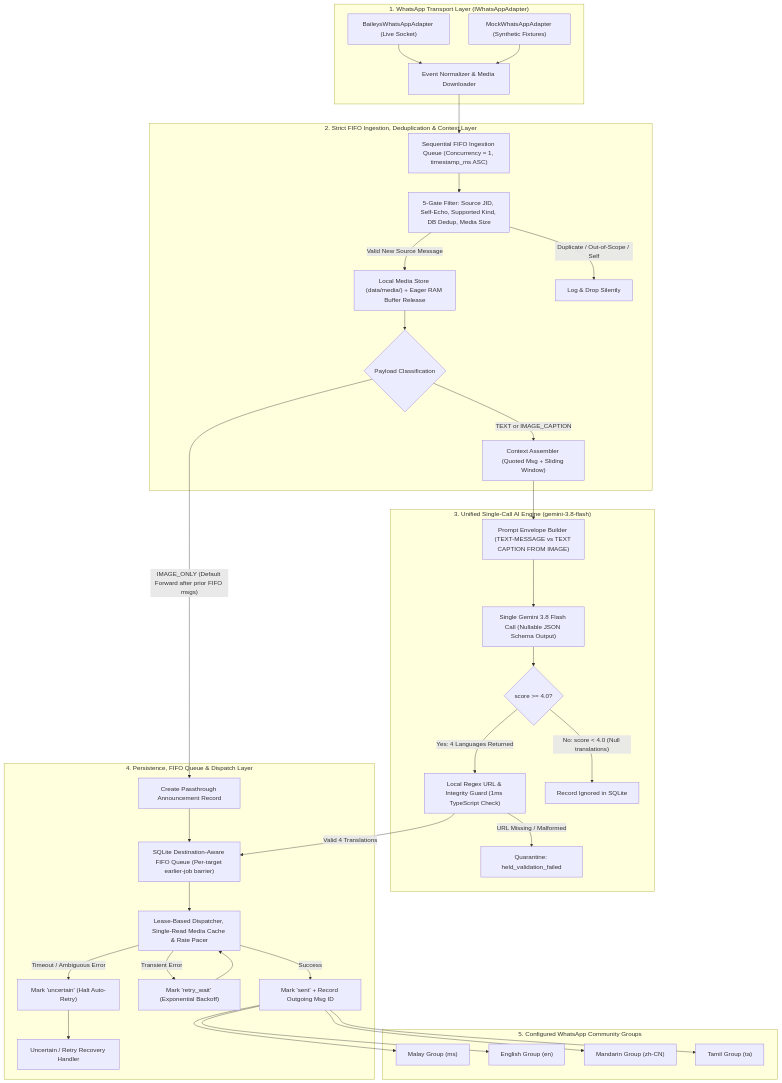
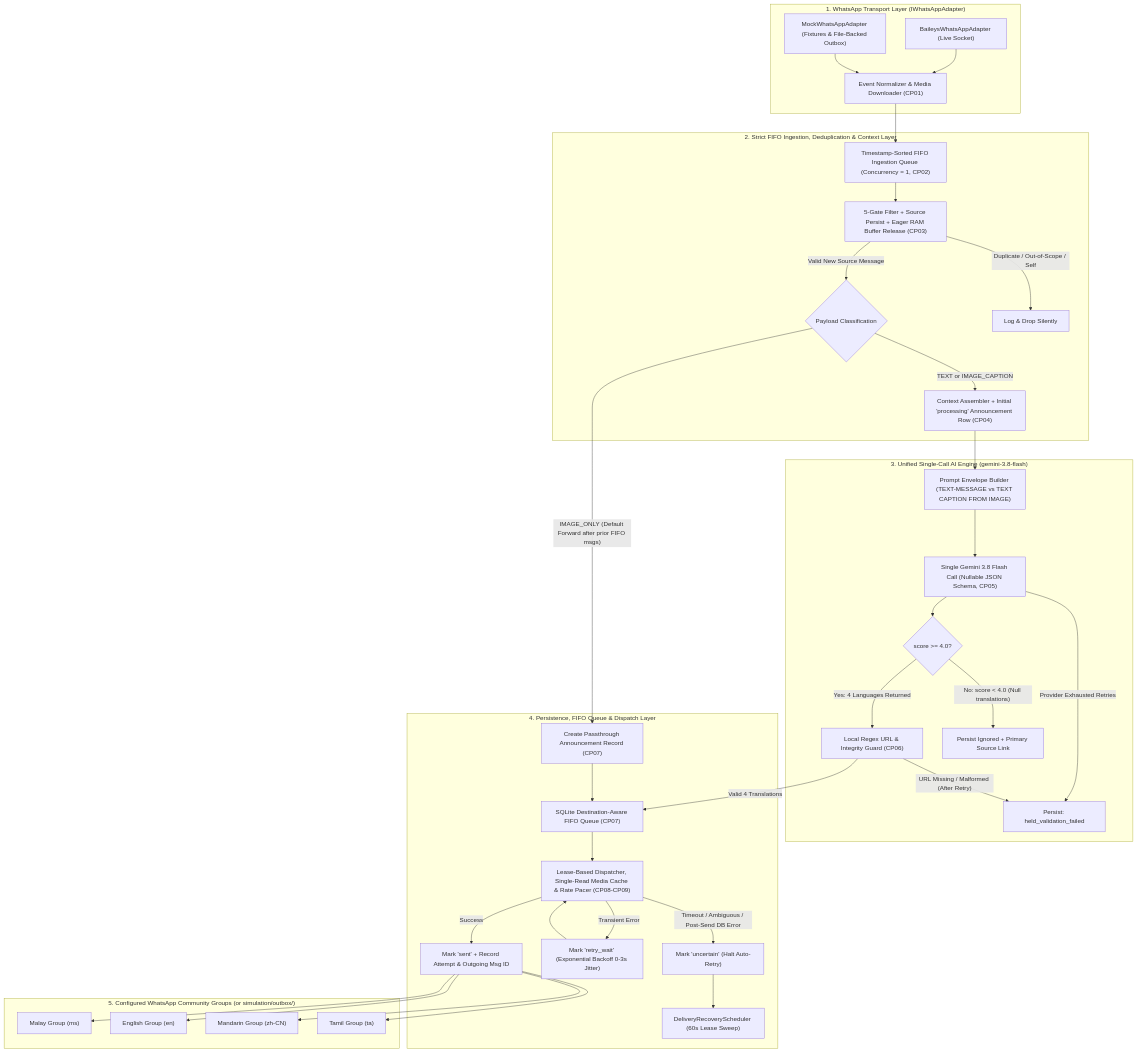
One commit to nayzinminlwin/SuaraPutra---Smart-Multilingual-Broadcasting changed the first of 2 diagrams in docs/architecture.md. Above: the diagram before and after it, drawn with Mermaid. The commit also changed other lines of this file, not shown here.

Commit message:
Architecture updated according to Phase 6.1.

````diff
--- a/docs/architecture.md
+++ b/docs/architecture.md
@@ -45,68 +45,67 @@
 ```mermaid
 flowchart TD
     subgraph Transport ["1. WhatsApp Transport Layer (IWhatsAppAdapter)"]
         WA_LIVE["BaileysWhatsAppAdapter (Live Socket)"]
-        WA_MOCK["MockWhatsAppAdapter (Synthetic Fixtures)"]
-        NORM["Event Normalizer & Media Downloader"]
+        WA_MOCK["MockWhatsAppAdapter (Fixtures & File-Backed Outbox)"]
+        NORM["Event Normalizer & Media Downloader (CP01)"]
         WA_LIVE --> NORM
         WA_MOCK --> NORM
     end
 
     subgraph Ingestion ["2. Strict FIFO Ingestion, Deduplication & Context Layer"]
-        FIFO["Sequential FIFO Ingestion Queue (Concurrency = 1, timestamp_ms ASC)"]
-        GATE["5-Gate Filter: Source JID, Self-Echo, Supported Kind, DB Dedup, Media Size"]
-        MEDIA_STORE["Local Media Store (data/media/) + Eager RAM Buffer Release"]
-        CTX["Context Assembler (Quoted Msg + Sliding Window)"]
+        FIFO["Timestamp-Sorted FIFO Ingestion Queue (Concurrency = 1, CP02)"]
+        GATE["5-Gate Filter + Source Persist + Eager RAM Buffer Release (CP03)"]
+        CTX["Context Assembler + Initial 'processing' Announcement Row (CP04)"]
         ROUTER_TYPE{"Payload Classification"}
 
         NORM --> FIFO
         FIFO --> GATE
         GATE -->|"Duplicate / Out-of-Scope / Self"| DROP["Log & Drop Silently"]
-        GATE -->|"Valid New Source Message"| MEDIA_STORE
-        MEDIA_STORE --> ROUTER_TYPE
+        GATE -->|"Valid New Source Message"| ROUTER_TYPE
         ROUTER_TYPE -->|"TEXT or IMAGE_CAPTION"| CTX
     end
 
     subgraph AIPipeline ["3. Unified Single-Call AI Engine (gemini-3.8-flash)"]
         PROMPT_BUILDER["Prompt Envelope Builder (TEXT-MESSAGE vs TEXT CAPTION FROM IMAGE)"]
-        GEMINI_CALL["Single Gemini 3.8 Flash Call (Nullable JSON Schema Output)"]
+        GEMINI_CALL["Single Gemini 3.8 Flash Call (Nullable JSON Schema, CP05)"]
         SCORE_CHECK{"score >= 4.0?"}
-        URL_GUARD["Local Regex URL & Integrity Guard (1ms TypeScript Check)"]
+        URL_GUARD["Local Regex URL & Integrity Guard (CP06)"]
 
         CTX --> PROMPT_BUILDER
         PROMPT_BUILDER --> GEMINI_CALL
+        GEMINI_CALL -->|"Provider Exhausted Retries"| HOLD["Persist: held_validation_failed"]
         GEMINI_CALL --> SCORE_CHECK
-        SCORE_CHECK -->|"No: score < 4.0 (Null translations)"| IGNORE["Record Ignored in SQLite"]
+        SCORE_CHECK -->|"No: score < 4.0 (Null translations)"| IGNORE["Persist Ignored + Primary Source Link"]
         SCORE_CHECK -->|"Yes: 4 Languages Returned"| URL_GUARD
-        URL_GUARD -->|"URL Missing / Malformed"| HOLD["Quarantine: held_validation_failed"]
+        URL_GUARD -->|"URL Missing / Malformed (After Retry)"| HOLD
     end
 
     subgraph Delivery ["4. Persistence, FIFO Queue & Dispatch Layer"]
-        PASS_INIT["Create Passthrough Announcement Record"]
-        QUEUE["SQLite Destination-Aware FIFO Queue (Per-target earlier-job barrier)"]
-        DISPATCH["Lease-Based Dispatcher, Single-Read Media Cache & Rate Pacer"]
-        RECON["Uncertain / Retry Recovery Handler"]
+        PASS_INIT["Create Passthrough Announcement Record (CP07)"]
+        QUEUE["SQLite Destination-Aware FIFO Queue (CP07)"]
+        DISPATCH["Lease-Based Dispatcher, Single-Read Media Cache & Rate Pacer (CP08-CP09)"]
+        RECON["DeliveryRecoveryScheduler (60s Lease Sweep)"]
 
         ROUTER_TYPE -->|"IMAGE_ONLY (Default Forward after prior FIFO msgs)"| PASS_INIT
         PASS_INIT --> QUEUE
         URL_GUARD -->|"Valid 4 Translations"| QUEUE
         QUEUE --> DISPATCH
-        DISPATCH -->|"Success"| SENT["Mark 'sent' + Record Outgoing Msg ID"]
-        DISPATCH -->|"Transient Error"| RETRY["Mark 'retry_wait' (Exponential Backoff)"]
-        DISPATCH -->|"Timeout / Ambiguous Error"| UNCERTAIN["Mark 'uncertain' (Halt Auto-Retry)"]
+        DISPATCH -->|"Success"| SENT["Mark 'sent' + Record Attempt & Outgoing Msg ID"]
+        DISPATCH -->|"Transient Error"| RETRY["Mark 'retry_wait' (Exponential Backoff 0-3s Jitter)"]
+        DISPATCH -->|"Timeout / Ambiguous / Post-Send DB Error"| UNCERTAIN["Mark 'uncertain' (Halt Auto-Retry)"]
         RETRY --> DISPATCH
         UNCERTAIN --> RECON
     end
 
-    subgraph Destinations ["5. Configured WhatsApp Community Groups"]
+    subgraph Destinations ["5. Configured WhatsApp Community Groups (or simulation/outbox/)"]
         GRP_MS["Malay Group (ms)"]
         GRP_EN["English Group (en)"]
         GRP_ZH["Mandarin Group (zh-CN)"]
         GRP_TA["Tamil Group (ta)"]
 
         SENT --> GRP_MS
         SENT --> GRP_EN
         SENT --> GRP_ZH
         SENT --> GRP_TA
     end
 ```
````
